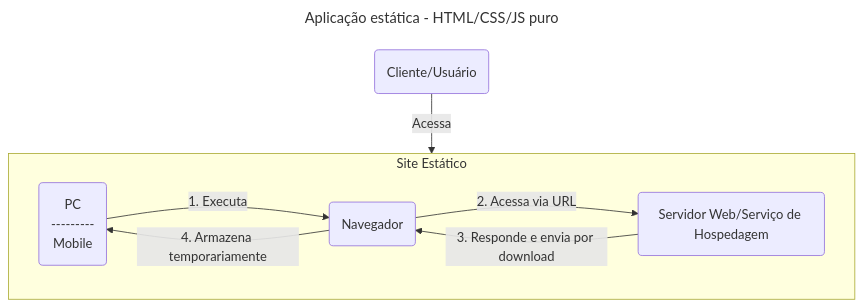
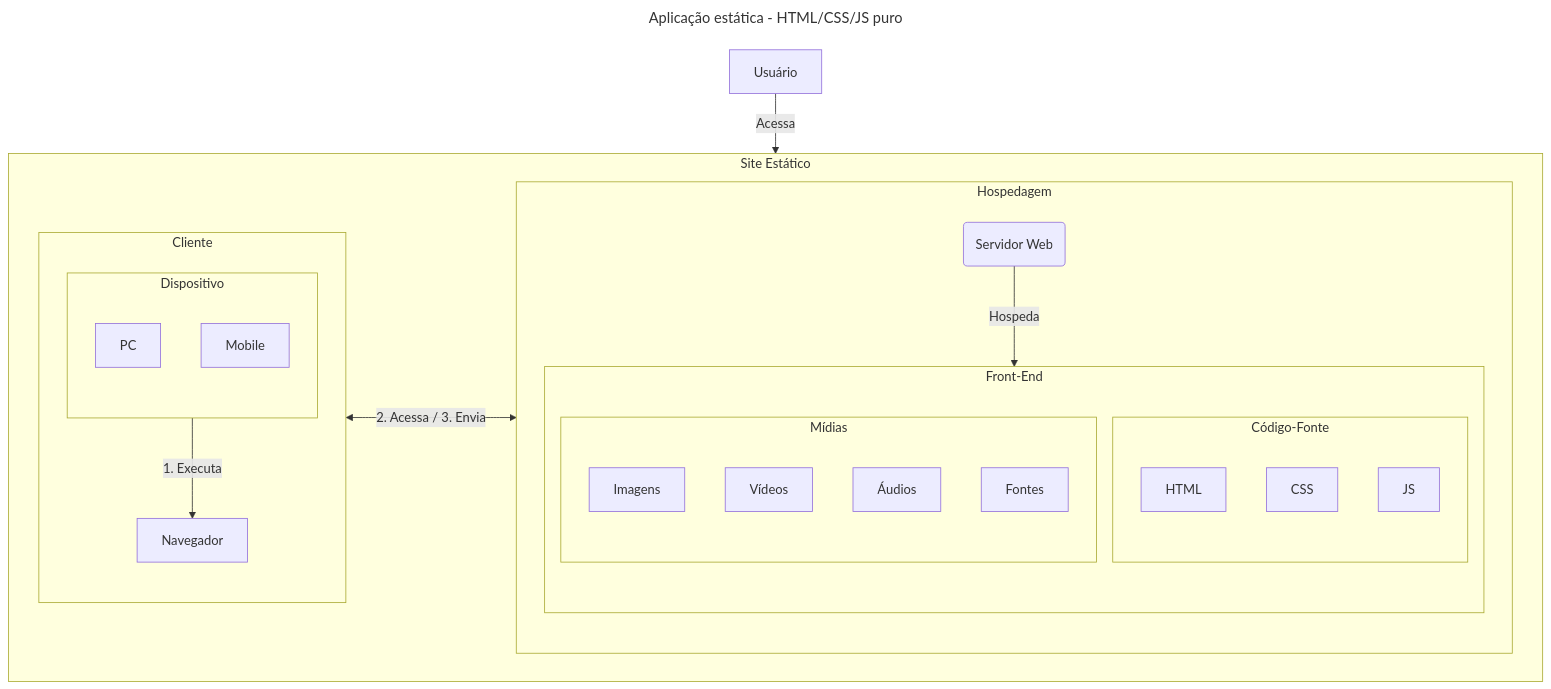
Before and after one commit to dev-alexmachado/guia_rapido_aplicacoes_web: the first of 2 diagrams in README.md, drawn with Mermaid. The commit also changed other lines of this file, not shown here.

Commit message:
Updated: diagramas sites estáticos e dinâmicos

```diff
--- a/README.md
+++ b/README.md
@@ -37,15 +37,40 @@
 ~~~mermaid
 ---
 title: Aplicação estática - HTML/CSS/JS puro
 ---
 graph TD
-    A(Cliente/Usuário) -- Acessa --> Sistema
+    Usuário -- Acessa --> Sistema
 
     subgraph Sistema [Site Estático]
-        B(PC<br>---------<br>Mobile) -- 1. Executa --> C(Navegador)
-        C -- 2. Acessa via URL --> D(Servidor Web/Serviço de Hospedagem)
+        direction LR
+        subgraph Hospedagem
+            direction TD
+            SW(Servidor Web) -- Hospeda --> Front-End
+            subgraph Front-End
+                subgraph Código-Fonte
+                    HTML
+                    CSS
+                    JS
+                end
 
-        D -- 3. Responde e envia por download --> C
-        C -- 4. Armazena temporariamente --> B
+                subgraph Mídias
+                    Imagens
+                    Vídeos
+                    Áudios
+                    Fontes
+                end
+            end
+        end
+
+        Cliente <-- 2. Acessa / 3. Envia --> Hospedagem
+
+        subgraph Cliente
+            direction TD
+            subgraph Dispositivo
+                PC
+                Mobile
+            end
+            Dispositivo -- 1. Executa --> Navegador
+        end
     end
 ~~~
```
